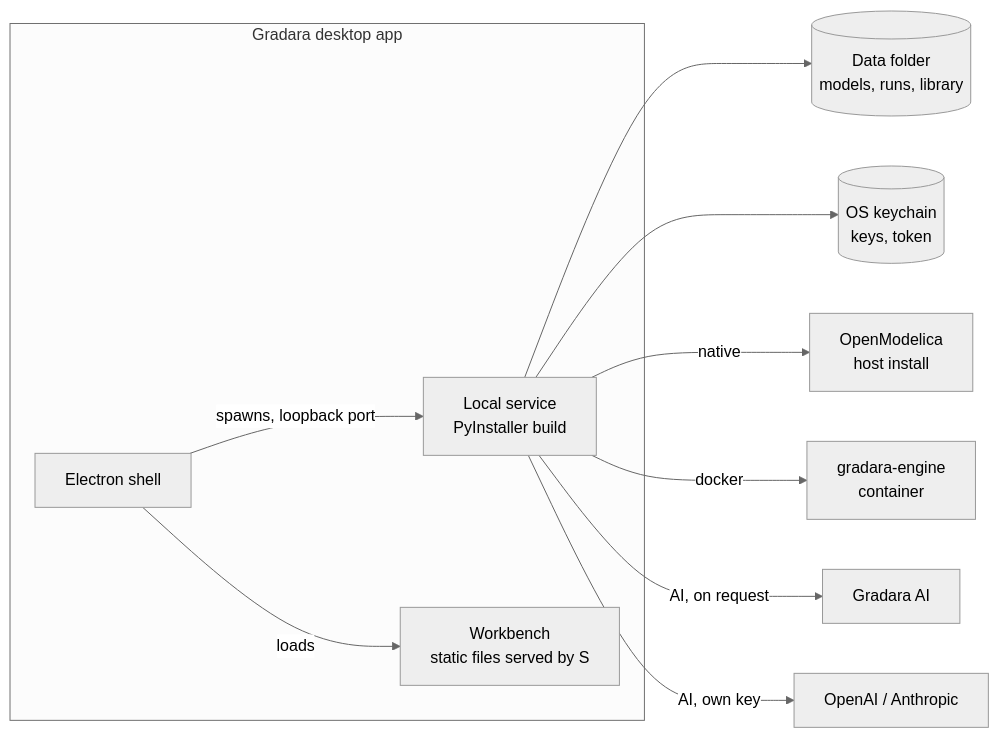
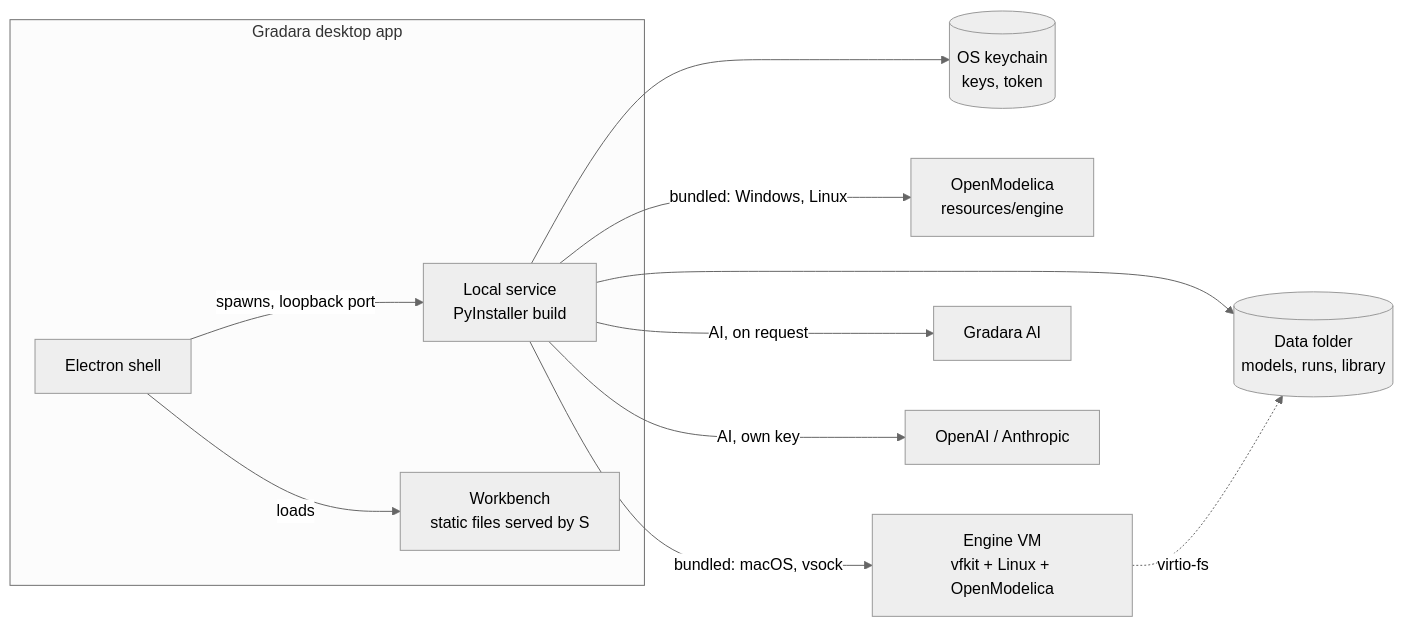
One commit to edgaralejod/gradara changed the first of 2 diagrams in docs/architecture/DISTRIBUTION.md. Above: the diagram before and after it, drawn with Mermaid (neutral theme). The commit also changed other lines of this file and 22 other files, not shown here.

````diff
--- a/docs/architecture/DISTRIBUTION.md
+++ b/docs/architecture/DISTRIBUTION.md
@@ -35,13 +36,14 @@
 ```mermaid
 flowchart LR
   subgraph App[Gradara desktop app]
     E[Electron shell] -->|spawns, loopback port| S[Local service<br>PyInstaller build]
     E -->|loads| W[Workbench<br>static files served by S]
   end
   S --> D[(Data folder<br>models, runs, library)]
   S --> K[(OS keychain<br>keys, token)]
-  S -->|native| OM[OpenModelica<br>host install]
-  S -->|docker| C[gradara-engine<br>container]
+  S -->|bundled: Windows, Linux| OM[OpenModelica<br>resources/engine]
+  S -->|bundled: macOS, vsock| VM[Engine VM<br>vfkit + Linux + OpenModelica]
+  VM -.->|virtio-fs| D
   S -->|AI, on request| G[Gradara AI]
   S -->|AI, own key| P[OpenAI / Anthropic]
 ```
````
